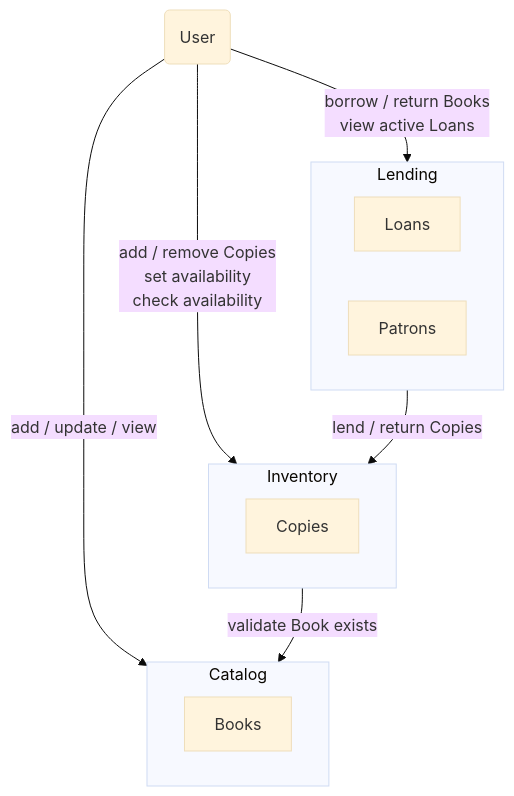
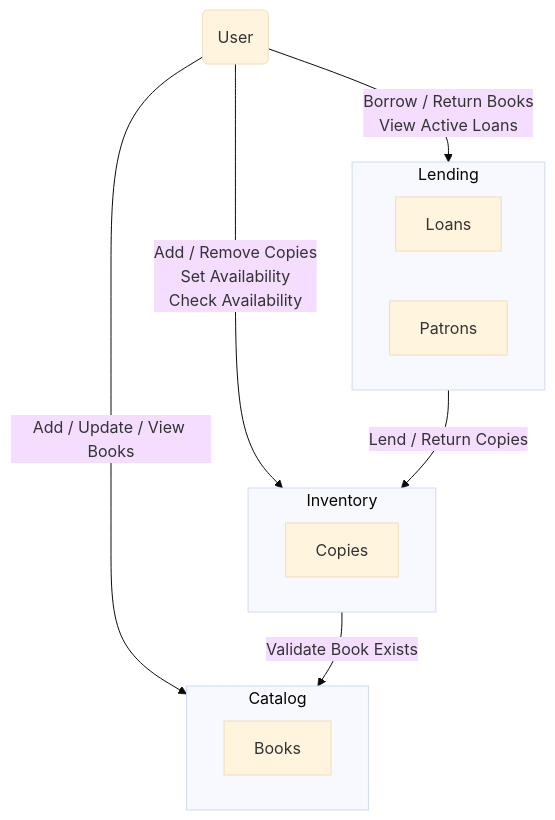
Before and after one commit to JamesMcMahon/spring-boot-demo-modulith: the diagram in README.md, drawn with Mermaid (base theme). The commit also changed other lines of this file, not shown here.

````diff
--- a/README.md
+++ b/README.md
@@ -12,28 +24,28 @@
 ```mermaid
 graph TD
 %% external actor
     User("User")
 %% Catalog domain
     subgraph CatalogDomain["Catalog"]
         Books["Books"]
     end
 
 %% Inventory domain
     subgraph InventoryDomain["Inventory"]
         Copies["Copies"]
     end
 
 %% Lending domain
     subgraph LendingDomain["Lending"]
         Loans["Loans"]
         Patrons["Patrons"]
     end
 
 %% user → domain interactions (domain verbs)
-    User -- " add / update / view " --> CatalogDomain
-    User -- " add / remove Copies<br>set availability<br>check availability " --> InventoryDomain
-    User -- " borrow / return Books<br>view active Loans " --> LendingDomain
+    User -- " Add / Update / View Books " --> CatalogDomain
+    User -- " Add / Remove Copies<br>Set Availability<br>Check Availability " --> InventoryDomain
+    User -- " Borrow / Return Books<br>View Active Loans " --> LendingDomain
 %% domain → domain interactions
-    InventoryDomain -- " validate Book exists " --> CatalogDomain
-    LendingDomain -- " lend / return Copies " --> InventoryDomain
+    InventoryDomain -- " Validate Book Exists " --> CatalogDomain
+    LendingDomain -- " Lend / Return Copies " --> InventoryDomain
 ```
````
